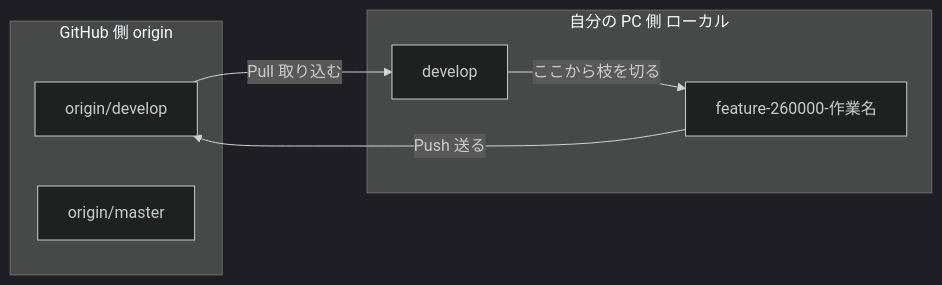
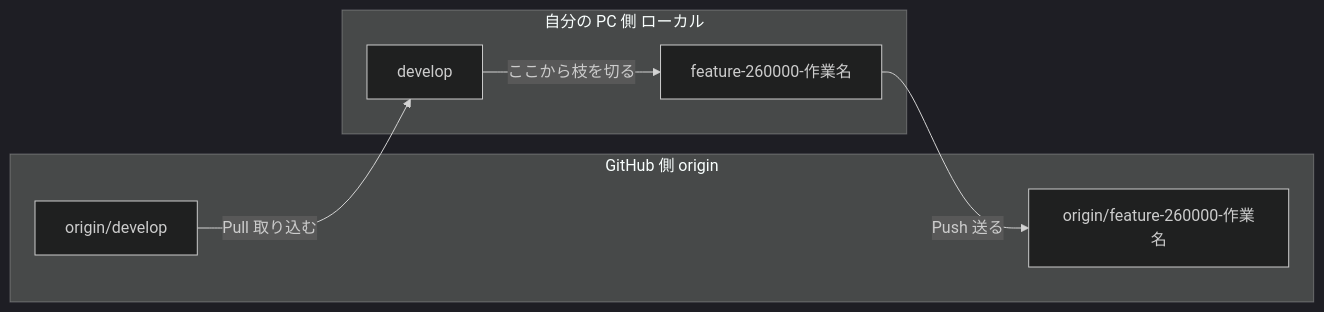
Before and after one commit to dekinaiNet/practice1: the first of 6 diagrams in genkou-flow-pr-kaizen.md, drawn with Mermaid (dark theme). The commit also changed other lines of this file, not shown here.

Commit message:
docs: 図の見方の節を、資料単体で読める内容に差し替え

````diff
--- a/genkou-flow-pr-kaizen.md
+++ b/genkou-flow-pr-kaizen.md
@@ -38,14 +27,14 @@
 ```mermaid
 flowchart LR
     subgraph R["GitHub 側 origin"]
       R1["origin/develop"]
-      R2["origin/master"]
+      R2["origin/feature-260000-作業名"]
     end
     subgraph L["自分の PC 側 ローカル"]
       L1["develop"]
       L2["feature-260000-作業名"]
     end
     R1 -- "Pull 取り込む" --> L1
     L1 -- "ここから枝を切る" --> L2
-    L2 -- "Push 送る" --> R1
+    L2 -- "Push 送る" --> R2
 ```
````
